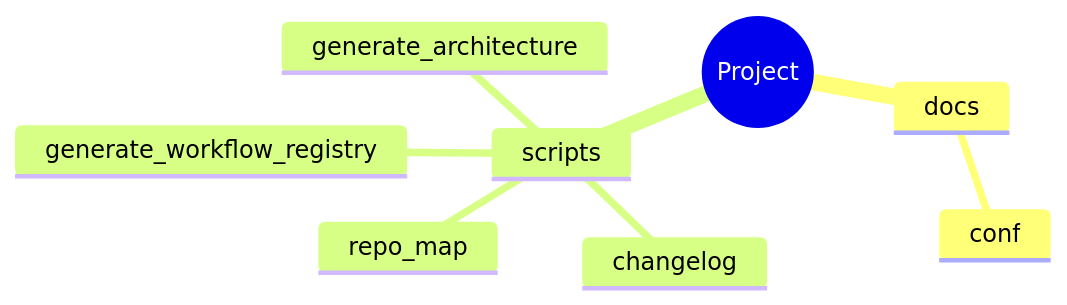
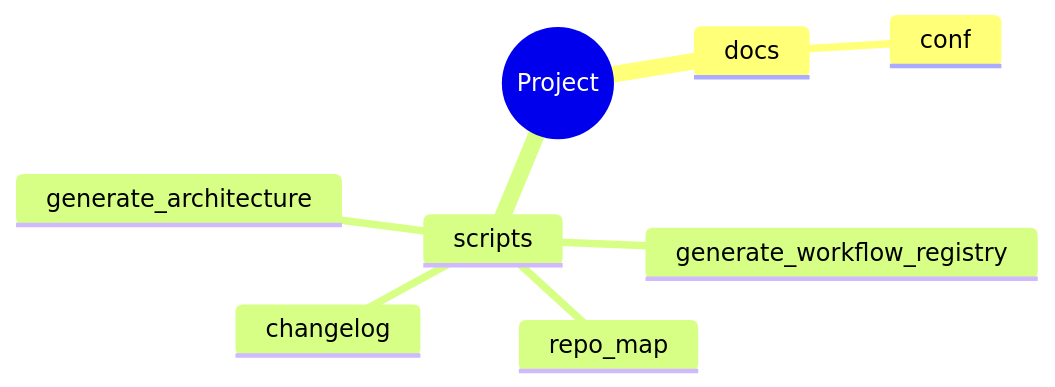
One commit to zepfu/repo-standards changed the fifth of 8 diagrams in docs/auto/ARCHITECTURE_AUTO.md. Above: the diagram before and after it, drawn with Mermaid. The commit also changed other lines of this file, not shown here.

Commit message:
docs: auto-update architecture documentation [skip ci]

````diff
--- a/docs/auto/ARCHITECTURE_AUTO.md
+++ b/docs/auto/ARCHITECTURE_AUTO.md
@@ -108,11 +106,11 @@
 ```mermaid
 mindmap
   root((Project))
     docs
       conf
     scripts
-      changelog
-      generate_architecture
       generate_workflow_registry
       repo_map
+      generate_architecture
+      changelog
 ```
````
